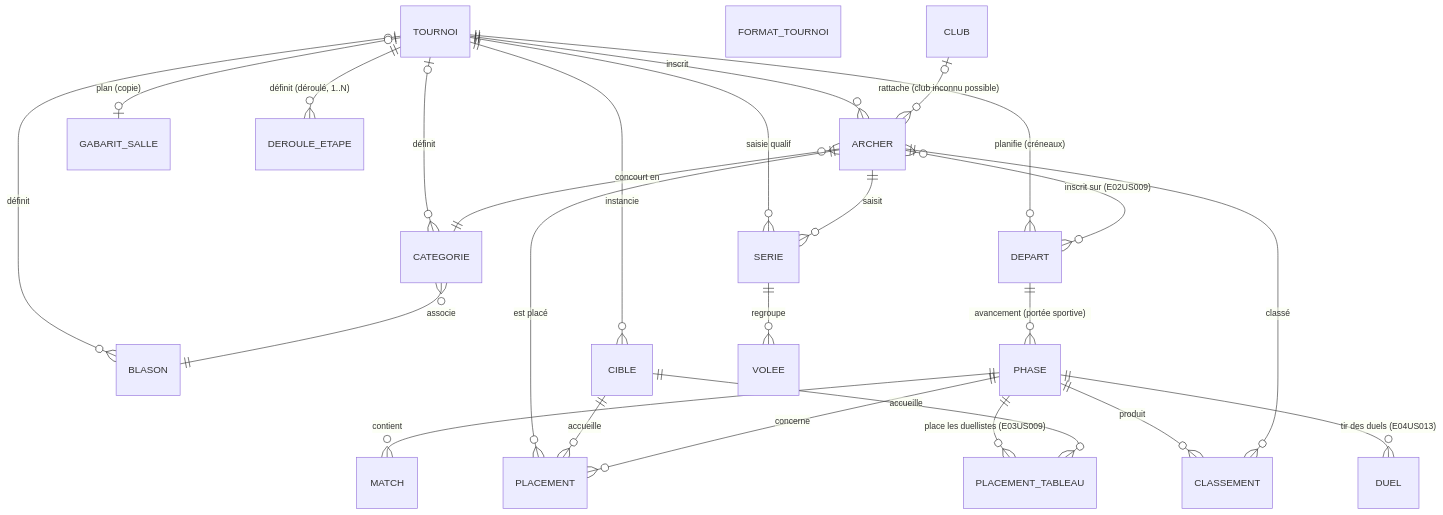
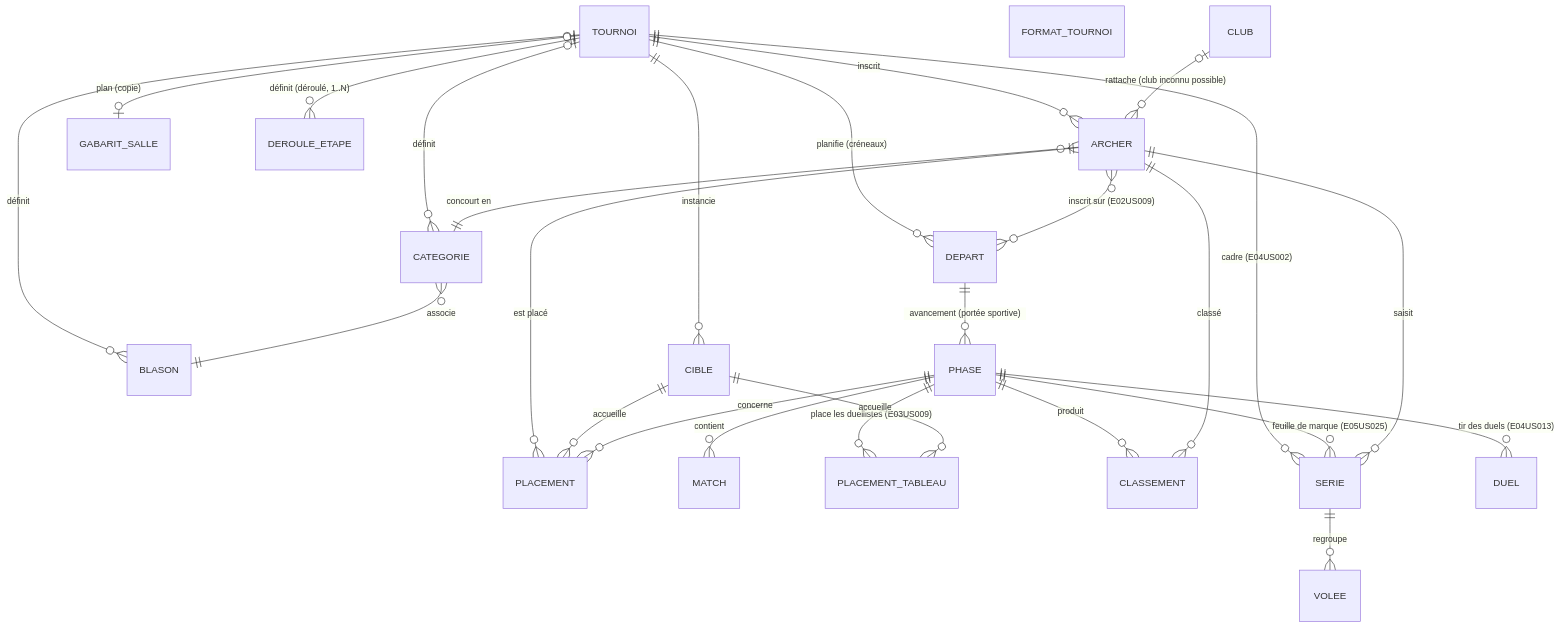
Before and after one commit to driano-gael/kervignarc: the diagram in docs/modele-de-donnees.md, drawn with Mermaid. The commit also changed other lines of this file and 36 other files, not shown here.

````diff
--- a/docs/modele-de-donnees.md
+++ b/docs/modele-de-donnees.md
@@ -22,37 +22,38 @@
 ```mermaid
 erDiagram
     TOURNOI |o--o{ CATEGORIE : "définit"
     TOURNOI |o--o{ BLASON : "définit"
     TOURNOI ||--o{ ARCHER : "inscrit"
     TOURNOI ||--o{ CIBLE : "instancie"
     TOURNOI |o--o| GABARIT_SALLE : "plan (copie)"
     TOURNOI ||--o{ DEPART : "planifie (créneaux)"
     %% Le DÉPART est la **portée sportive** : il rejoue le tournoi en entier, donc il porte la
     %% séquence de phases, ses classements et ses tableaux (ADR-0075). La PHASE pendait au TOURNOI
     %% jusqu'au 06/08/2026 — treize mois de divergence avec ADR-0017, qui l'avait pourtant décidé.
     %% Depuis ADR-0076, la **définition** du déroulé est au TOURNOI (DEROULE_ETAPE, une seule fois)
     %% et la PHASE n'est plus que l'**avancement** de cette étape dans un créneau. Le lien
     %% définition ↔ avancement se fait par `ordre`, pas par une FK (cf. DEROULE_ETAPE).
     TOURNOI ||--o{ DEROULE_ETAPE : "définit (déroulé, 1..N)"
     DEPART ||--o{ PHASE : "avancement (portée sportive)"
     %% FORMAT_TOURNOI et CLUB n'ont **aucune** FK vers TOURNOI : ce sont des
     %% référentiels du club, pas de la descendance d'une édition (E01US023).
     FORMAT_TOURNOI
 
     CLUB |o--o{ ARCHER : "rattache (club inconnu possible)"
     CATEGORIE }o--|| BLASON : "associe"
     ARCHER }o--|| CATEGORIE : "concourt en"
     ARCHER }o--o{ DEPART : "inscrit sur (E02US009)"
     ARCHER ||--o{ PLACEMENT : "est placé"
     CIBLE ||--o{ PLACEMENT : "accueille"
     PHASE ||--o{ MATCH : "contient"
     PHASE ||--o{ PLACEMENT : "concerne"
     PHASE ||--o{ PLACEMENT_TABLEAU : "place les duellistes (E03US009)"
     CIBLE ||--o{ PLACEMENT_TABLEAU : "accueille"
     PHASE ||--o{ CLASSEMENT : "produit"
-    TOURNOI ||--o{ SERIE : "saisie qualif"
+    TOURNOI ||--o{ SERIE : "cadre (E04US002)"
+    PHASE ||--o{ SERIE : "feuille de marque (E05US025)"
     ARCHER ||--o{ SERIE : "saisit"
     SERIE ||--o{ VOLEE : "regroupe"
     PHASE ||--o{ DUEL : "tir des duels (E04US013)"
     ARCHER ||--o{ CLASSEMENT : "classé"
 ```
````
